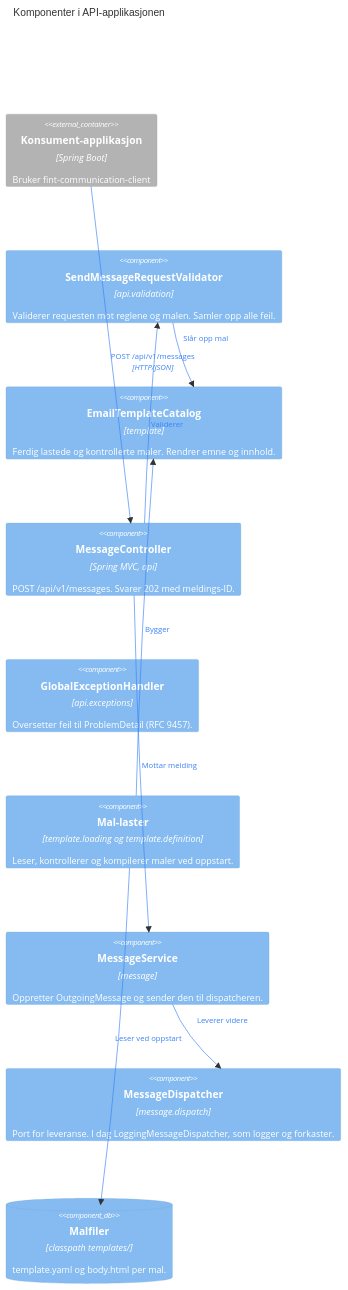
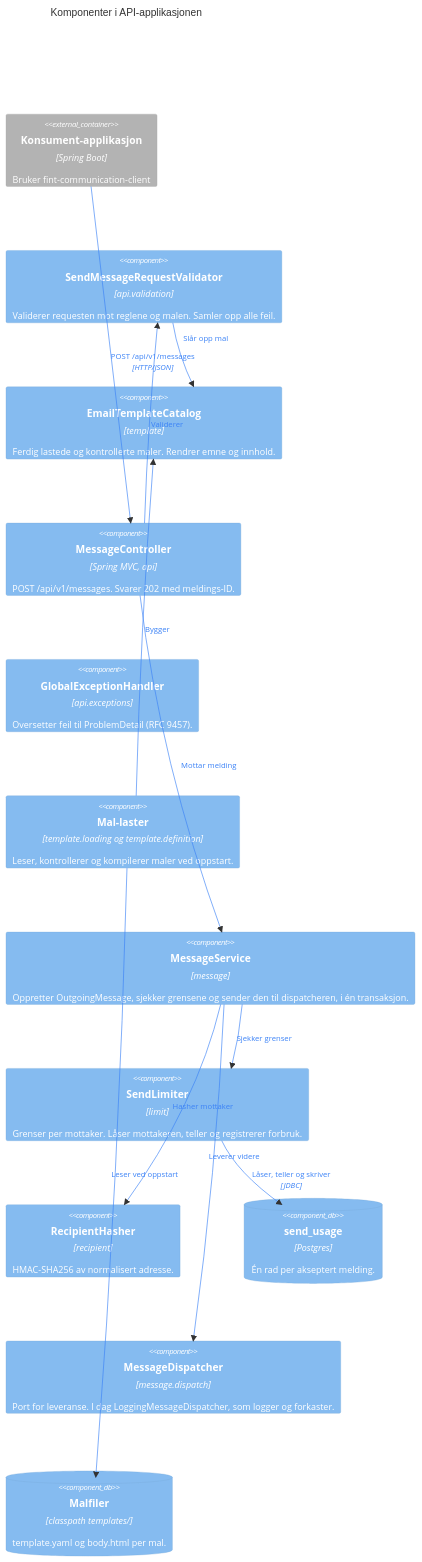
One commit to FINTLabs/fint-communication-service changed the third of 12 diagrams in docs/architecture.md. Above: the diagram before and after it, drawn with Mermaid. The commit also changed other lines of this file and 25 other files, not shown here.

First line of the commit message:
feat: grense per mottaker (10/time, 40/døgn)

````diff
--- a/docs/architecture.md
+++ b/docs/architecture.md
@@ -102,31 +102,40 @@
 ```mermaid
 C4Component
     title Komponenter i API-applikasjonen
 
     Container_Ext(konsumentApp, "Konsument-applikasjon", "Spring Boot", "Bruker fint-communication-client")
     Component(validator, "SendMessageRequestValidator", "api.validation", "Validerer requesten mot reglene og malen. Samler opp alle feil.")
     Component(catalog, "EmailTemplateCatalog", "template", "Ferdig lastede og kontrollerte maler. Rendrer emne og innhold.")
     Component(controller, "MessageController", "Spring MVC, api", "POST /api/v1/messages. Svarer 202 med meldings-ID.")
     Component(handler, "GlobalExceptionHandler", "api.exceptions", "Oversetter feil til ProblemDetail (RFC 9457).")
     Component(loader, "Mal-laster", "template.loading og template.definition", "Leser, kontrollerer og kompilerer maler ved oppstart.")
-    Component(service, "MessageService", "message", "Oppretter OutgoingMessage og sender den til dispatcheren.")
+    Component(service, "MessageService", "message", "Oppretter OutgoingMessage, sjekker grensene og sender den til dispatcheren, i én transaksjon.")
+    Component(limiter, "SendLimiter", "limit", "Grenser per mottaker. Låser mottakeren, teller og registrerer forbruk.")
+    Component(hasher, "RecipientHasher", "recipient", "HMAC-SHA256 av normalisert adresse.")
+    ComponentDb(usage, "send_usage", "Postgres", "Én rad per akseptert melding.")
     Component(dispatcher, "MessageDispatcher", "message.dispatch", "Port for leveranse. I dag LoggingMessageDispatcher, som logger og forkaster.")
     ComponentDb(files, "Malfiler", "classpath templates/", "template.yaml og body.html per mal.")
 
     Rel(konsumentApp, controller, "POST /api/v1/messages", "HTTP/JSON")
     Rel(controller, validator, "Validerer")
     Rel(validator, catalog, "Slår opp mal")
     Rel(controller, service, "Mottar melding")
+    Rel(service, hasher, "Hasher mottaker")
+    Rel(service, limiter, "Sjekker grenser")
+    Rel(limiter, usage, "Låser, teller og skriver", "JDBC")
     Rel(service, dispatcher, "Leverer videre")
     Rel(loader, catalog, "Bygger")
     Rel(loader, files, "Leser ved oppstart")
 
     UpdateRelStyle(konsumentApp, controller, $textColor="#3B82F6", $lineColor="#3B82F6")
     UpdateRelStyle(controller, validator, $textColor="#3B82F6", $lineColor="#3B82F6")
     UpdateRelStyle(validator, catalog, $textColor="#3B82F6", $lineColor="#3B82F6", $offsetY="-28")
     UpdateRelStyle(controller, service, $textColor="#3B82F6", $lineColor="#3B82F6")
+    UpdateRelStyle(service, hasher, $textColor="#3B82F6", $lineColor="#3B82F6")
+    UpdateRelStyle(service, limiter, $textColor="#3B82F6", $lineColor="#3B82F6")
+    UpdateRelStyle(limiter, usage, $textColor="#3B82F6", $lineColor="#3B82F6")
     UpdateRelStyle(service, dispatcher, $textColor="#3B82F6", $lineColor="#3B82F6", $offsetY="-28")
     UpdateRelStyle(loader, catalog, $textColor="#3B82F6", $lineColor="#3B82F6")
     UpdateRelStyle(loader, files, $textColor="#3B82F6", $lineColor="#3B82F6")
     UpdateLayoutConfig($c4ShapeInRow="3", $c4BoundaryInRow="1")
 ```
````
